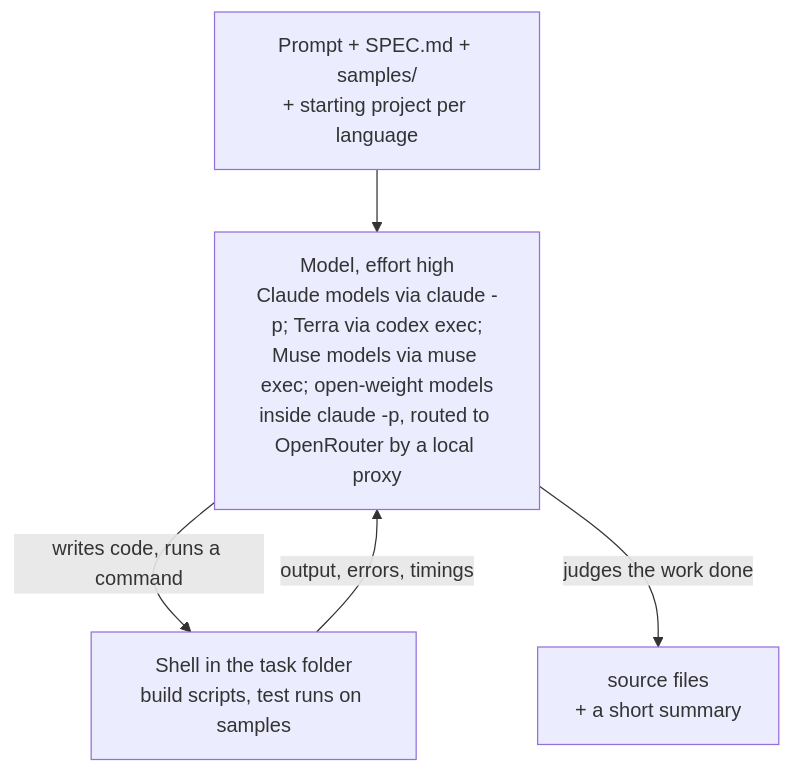
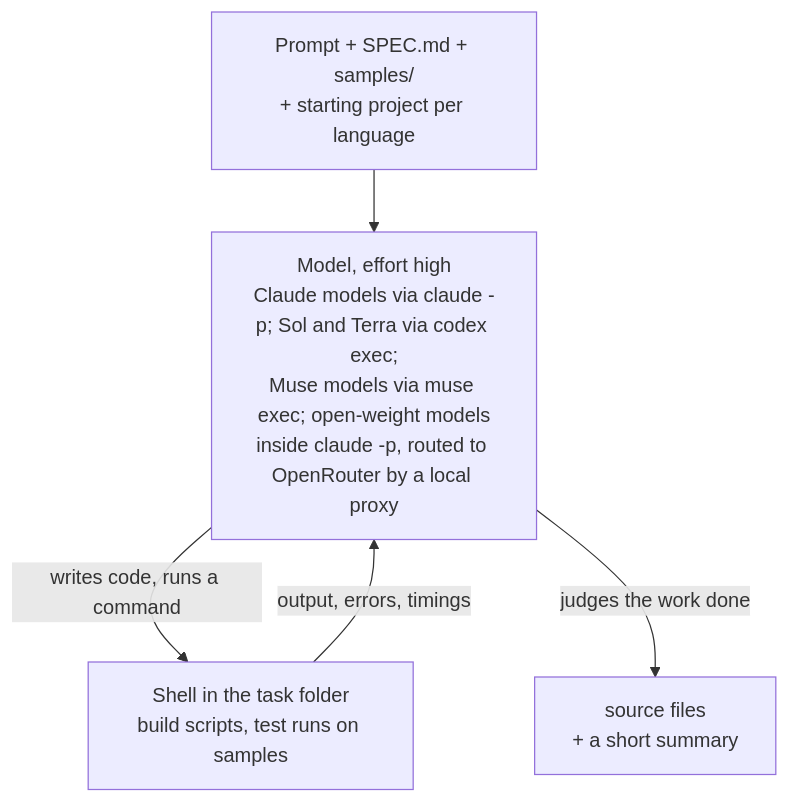
The second of 3 diagrams in notebooks/39-rust-vs-python/README.md (k-sandhu/experiment-notebooks), drawn with Mermaid before and after one commit. The commit also changed other lines of this file and 1326 other files, not shown here.

````diff
--- a/notebooks/39-rust-vs-python/README.md
+++ b/notebooks/39-rust-vs-python/README.md
@@ -225,7 +227,7 @@
 ```mermaid
 flowchart TD
-    p["Prompt + SPEC.md + samples/<br/>+ starting project per language"] --> m["Model, effort high<br/>Claude models via claude -p; Terra via codex exec;<br/>Muse models via muse exec; open-weight models<br/>inside claude -p, routed to OpenRouter by a local proxy"]
+    p["Prompt + SPEC.md + samples/<br/>+ starting project per language"] --> m["Model, effort high<br/>Claude models via claude -p; Sol and Terra via codex exec;<br/>Muse models via muse exec; open-weight models<br/>inside claude -p, routed to OpenRouter by a local proxy"]
     m -->|"writes code, runs a command"| t["Shell in the task folder<br/>build scripts, test runs on samples"]
     t -->|"output, errors, timings"| m
     m -->|"judges the work done"| out["source files<br/>+ a short summary"]
 ```
````
